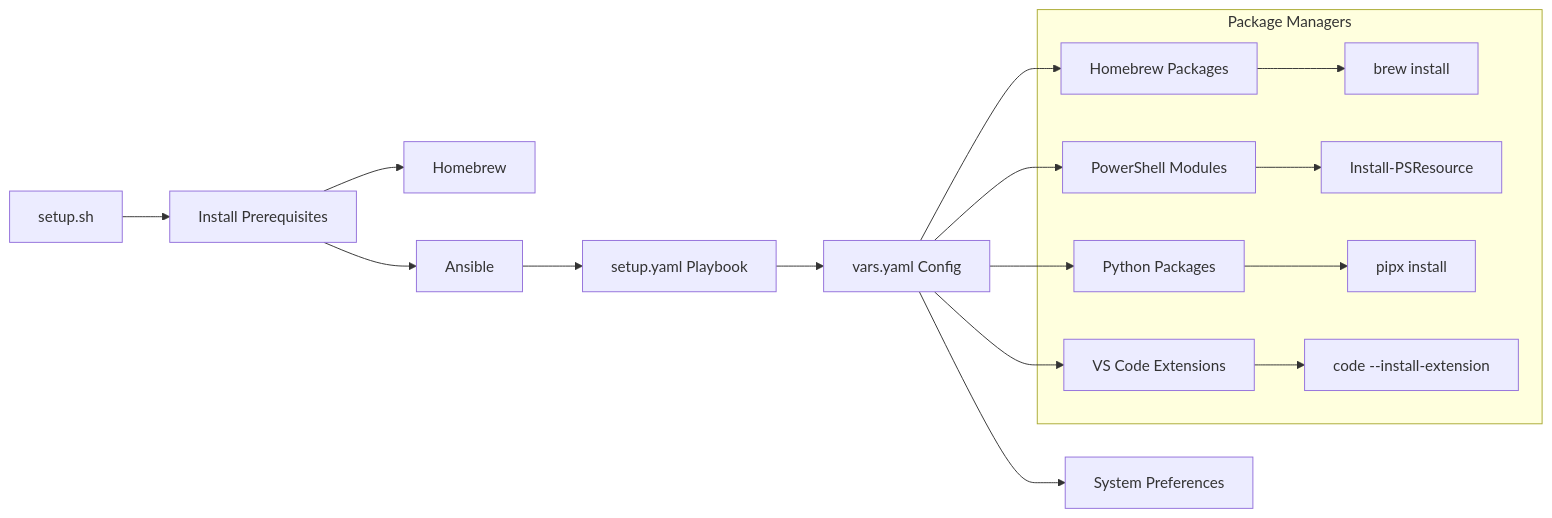
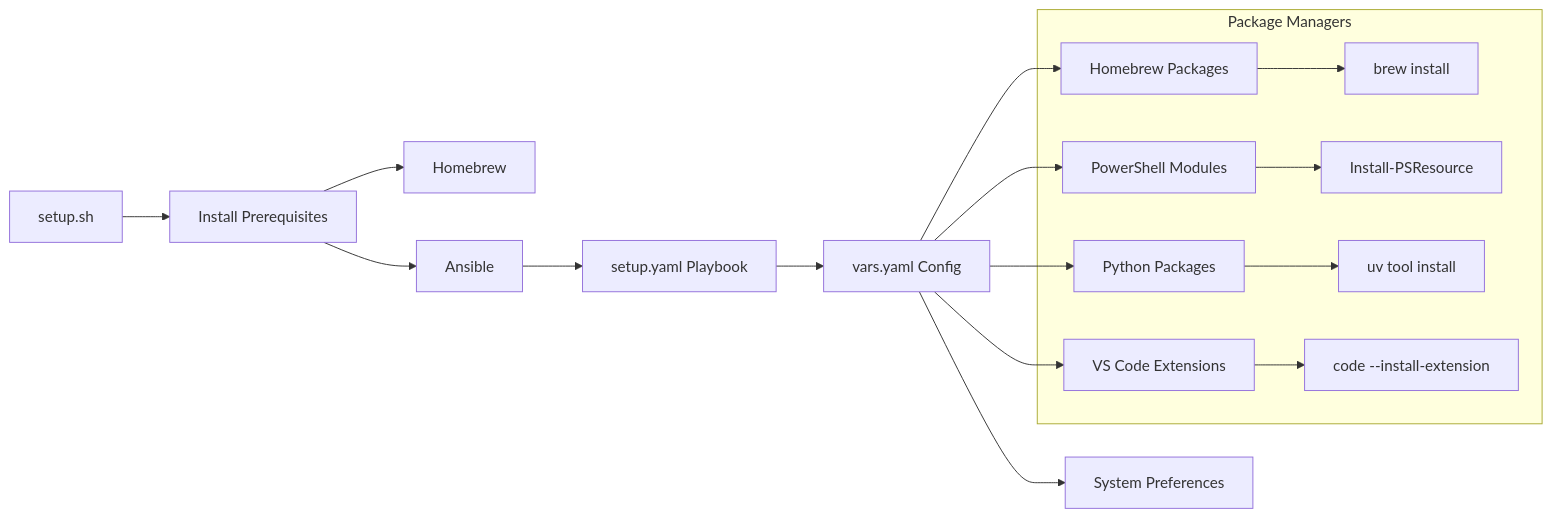
Before and after one commit to ryanspletzer/dev-machine-setup: the second of 11 diagrams in docs/architecture.md, drawn with Mermaid. The commit also changed other lines of this file and 31 other files, not shown here.

````diff
--- a/docs/architecture.md
+++ b/docs/architecture.md
@@ -95,21 +95,21 @@
 ```mermaid
 graph LR
     A[setup.sh] --> B[Install Prerequisites]
     B --> C[Homebrew]
     B --> D[Ansible]
     D --> E[setup.yaml Playbook]
     E --> F[vars.yaml Config]
 
     F --> G[Homebrew Packages]
     F --> H[PowerShell Modules]
     F --> I[Python Packages]
     F --> J[VS Code Extensions]
     F --> K[System Preferences]
 
     subgraph "Package Managers"
         G --> L[brew install]
         H --> M[Install-PSResource]
-        I --> N[pipx install]
+        I --> N[uv tool install]
         J --> O[code --install-extension]
     end
 ```
````
